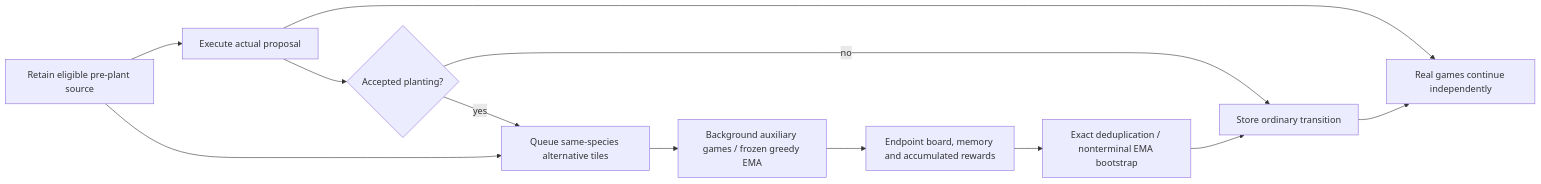
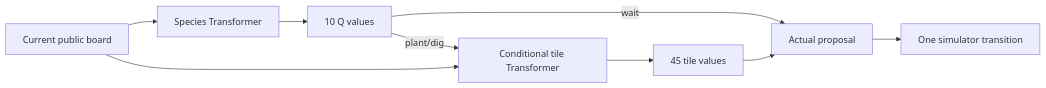
Before and after one commit to Comb1e/RL-Pvz: the first of 3 diagrams in docs/architecture.md, drawn with Mermaid. The commit also changed other lines of this file and 109 other files, not shown here.

````diff
--- a/docs/architecture.md
+++ b/docs/architecture.md
@@ -100,14 +24,11 @@
 ```mermaid
 flowchart LR
-    Source[Retain eligible pre-plant source] --> Actual[Execute actual proposal]
-    Actual --> Gate{Accepted planting?}
-    Gate -->|no| Store[Store ordinary transition]
-    Gate -->|yes| Fork[Queue same-species alternative tiles]
-    Source --> Fork
-    Fork --> Rollout[Background auxiliary games / frozen greedy EMA]
-    Rollout --> Endpoint[Endpoint board, memory and accumulated rewards]
-    Endpoint --> Tail[Exact deduplication / nonterminal EMA bootstrap]
-    Tail --> Store
-    Actual --> Continue[Real games continue independently]
-    Store --> Continue
+    Board[Current public board] --> Species[Species Transformer]
+    Species --> Branch[10 Q values]
+    Branch -->|plant/dig| Tiles[Conditional tile Transformer]
+    Board --> Tiles
+    Tiles --> Placement[45 tile values]
+    Branch -->|wait| Action[Actual proposal]
+    Placement --> Action
+    Action --> Game[One simulator transition]
 ```
````
